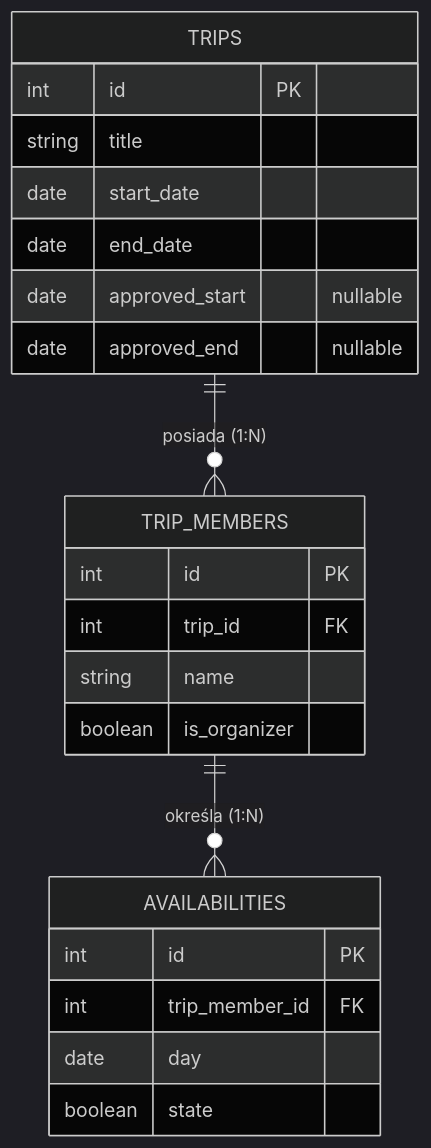
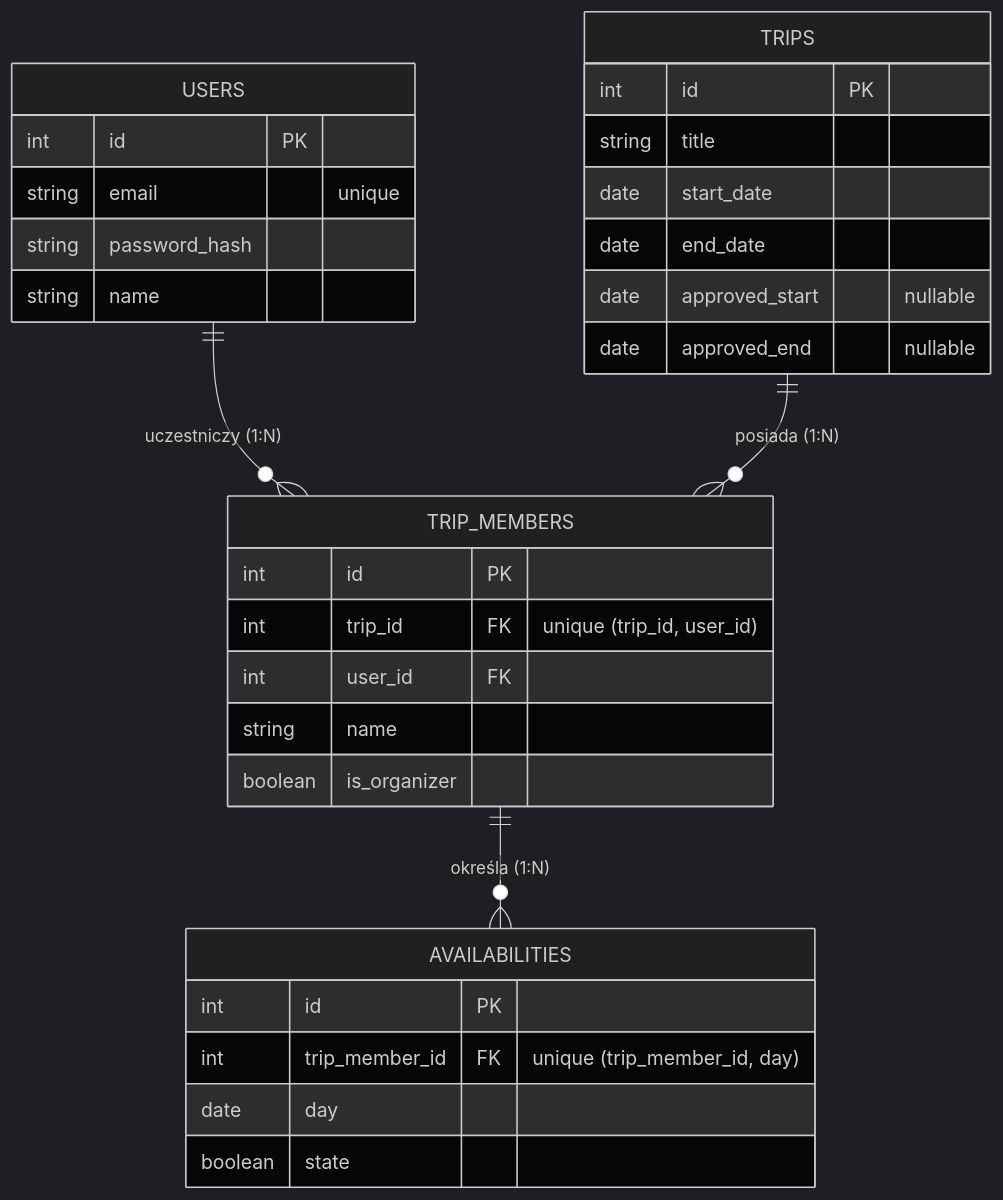
The diagram in docs/diagrams/ERD.md (Xsento/gibkie-wensze), drawn with Mermaid (dark theme) before and after one commit. The commit also changed 28 other files, not shown here.

````diff
--- a/docs/diagrams/ERD.md
+++ b/docs/diagrams/ERD.md
@@ -1,28 +1,37 @@
 ```mermaid
 erDiagram
+    USERS ||--o{ TRIP_MEMBERS : "uczestniczy (1:N)"
     TRIPS ||--o{ TRIP_MEMBERS : "posiada (1:N)"
     TRIP_MEMBERS ||--o{ AVAILABILITIES : "określa (1:N)"
+
+    USERS {
+        int id PK
+        string email "unique"
+        string password_hash
+        string name
+    }
 
     TRIPS {
         int id PK
         string title
         date start_date
         date end_date
         date approved_start "nullable"
         date approved_end "nullable"
     }
 
     TRIP_MEMBERS {
         int id PK
-        int trip_id FK
+        int trip_id FK "unique (trip_id, user_id)"
+        int user_id FK
         string name
         boolean is_organizer
     }
 
     AVAILABILITIES {
         int id PK
-        int trip_member_id FK
+        int trip_member_id FK "unique (trip_member_id, day)"
         date day
         boolean state
     }
 ```
````
